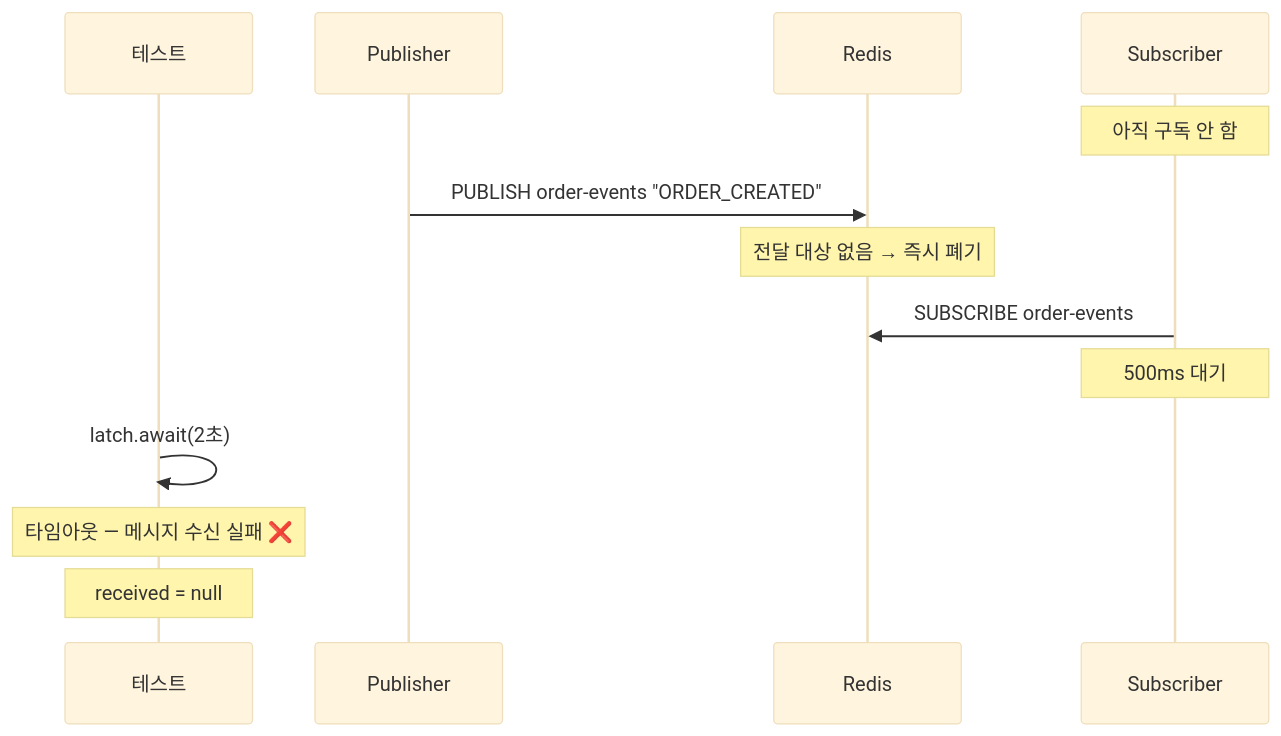
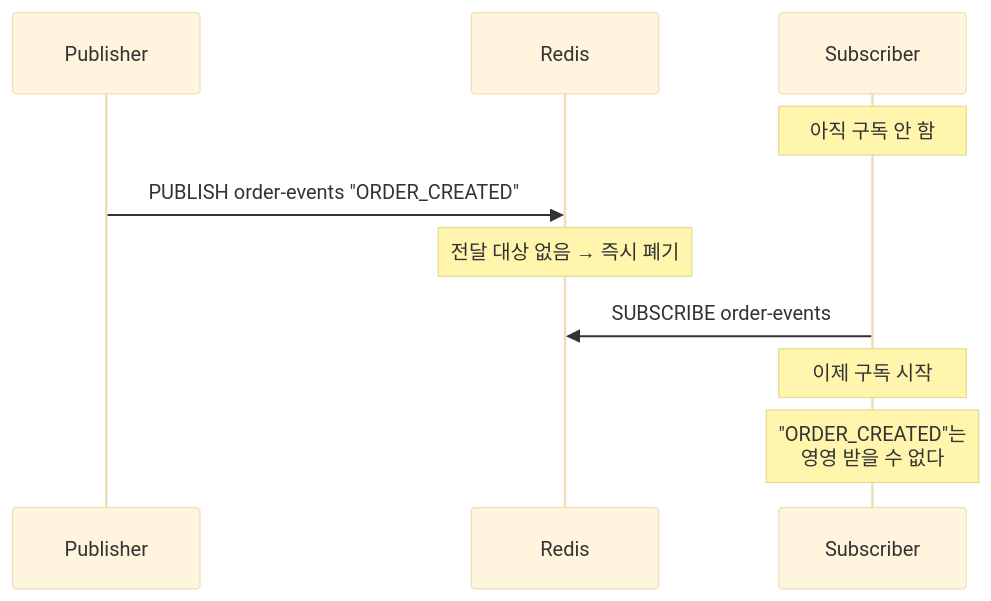
Before and after one commit to katiekim17/messaging-lab: the third of 4 diagrams in src/test/java/com/example/messaging/step4_redis_pubsub/README.md, drawn with Mermaid (base theme). The commit also changed other lines of this file, not shown here.

````diff
--- a/src/test/java/com/example/messaging/step4_redis_pubsub/README.md
+++ b/src/test/java/com/example/messaging/step4_redis_pubsub/README.md
@@ -67,19 +75,16 @@
 ```mermaid
 sequenceDiagram
-    participant Test as 테스트
     participant Pub as Publisher
     participant Redis as Redis
     participant Sub as Subscriber
 
     Note over Sub: 아직 구독 안 함
 
     Pub->>Redis: PUBLISH order-events "ORDER_CREATED"
     Note over Redis: 전달 대상 없음 → 즉시 폐기
 
     Sub->>Redis: SUBSCRIBE order-events
-    Note over Sub: 500ms 대기
+    Note over Sub: 이제 구독 시작
 
-    Test->>Test: latch.await(2초)
-    Note over Test: 타임아웃 — 메시지 수신 실패 ❌
-    Note over Test: received = null
+    Note over Sub: "ORDER_CREATED"는<br/>영영 받을 수 없다
 ```
````
